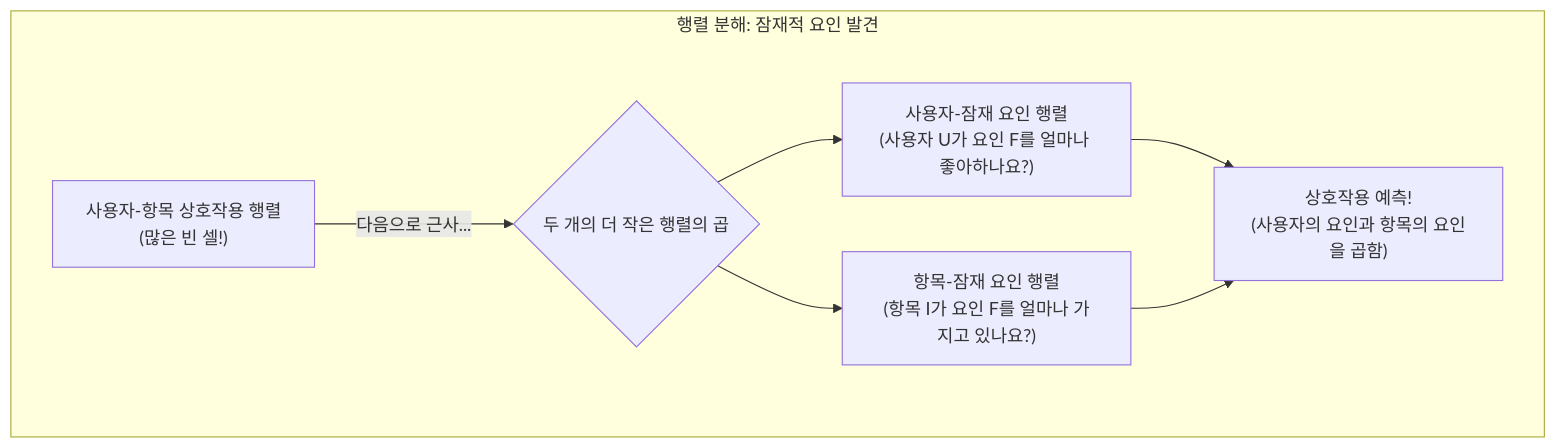
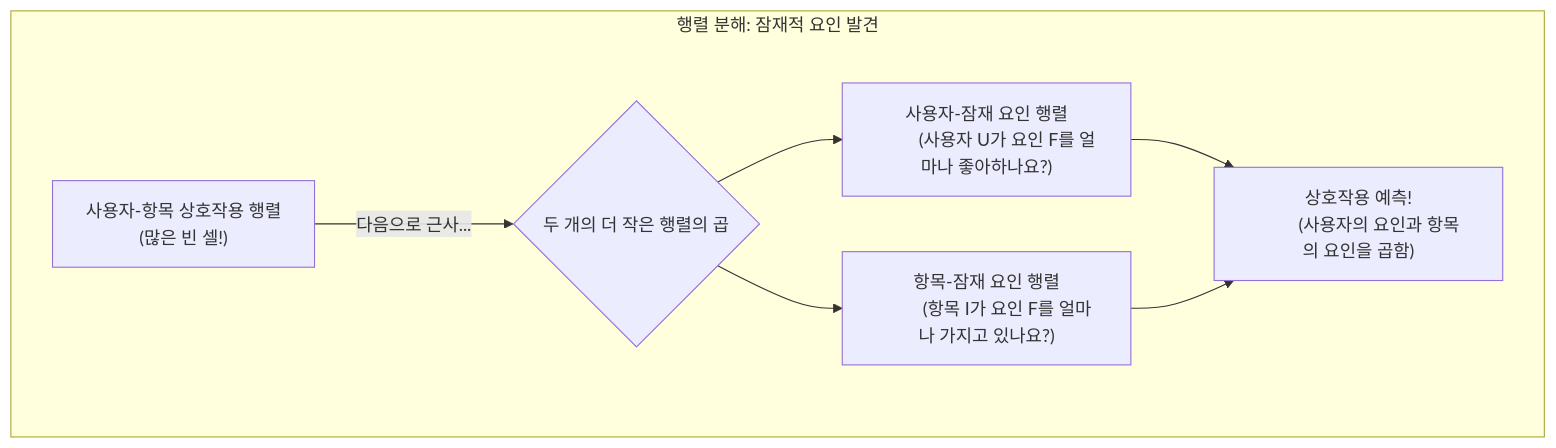
Before and after one commit to gh-shin/suggest-models-example: the sixth of 11 diagrams in ConstructivistLearningPath.md, drawn with Mermaid. The commit also changed other lines of this file, not shown here.

Commit message:
modify mermaid

````diff
--- a/ConstructivistLearningPath.md
+++ b/ConstructivistLearningPath.md
@@ -208,11 +234,15 @@
     ```mermaid
     graph TD
         subgraph "행렬 분해: 잠재적 요인 발견"
-            UserItemMatrix["사용자-항목 상호작용 행렬\n(많은 빈 셀!)"] -->|"다음으로 근사..."| Factors{"두 개의 더 작은 행렬의 곱"}
-            Factors --> UserFactors["사용자-잠재 요인 행렬\n(사용자 U가 요인 F를 얼마나 좋아하나요?)"]
-            Factors --> ItemFactors["항목-잠재 요인 행렬\n(항목 I가 요인 F를 얼마나 가지고 있나요?)"]
+            UserItemMatrix["사용자-항목 상호작용 행렬
+             (많은 빈 셀!)"] -->|"다음으로 근사..."| Factors{"두 개의 더 작은 행렬의 곱"}
+            Factors --> UserFactors["사용자-잠재 요인 행렬
+             (사용자 U가 요인 F를 얼마나 좋아하나요?)"]
+            Factors --> ItemFactors["항목-잠재 요인 행렬
+             (항목 I가 요인 F를 얼마나 가지고 있나요?)"]
 
-            UserFactors --> Prediction["상호작용 예측!\n(사용자의 요인과 항목의 요인을 곱함)"]
+            UserFactors --> Prediction["상호작용 예측!
+             (사용자의 요인과 항목의 요인을 곱함)"]
             ItemFactors --> Prediction
         end
     ```
````
